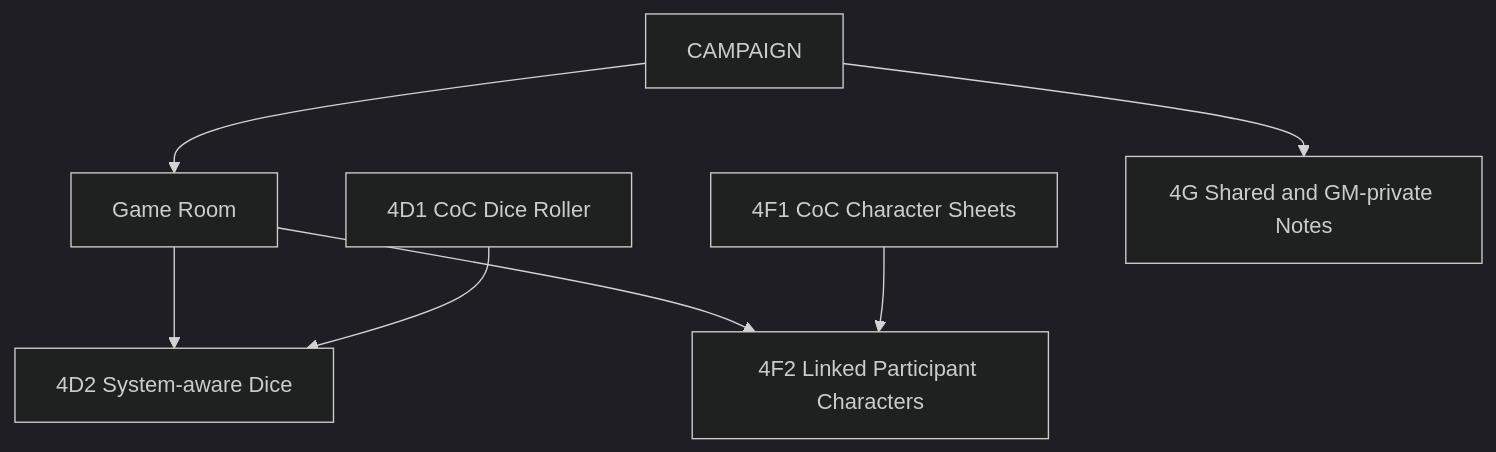
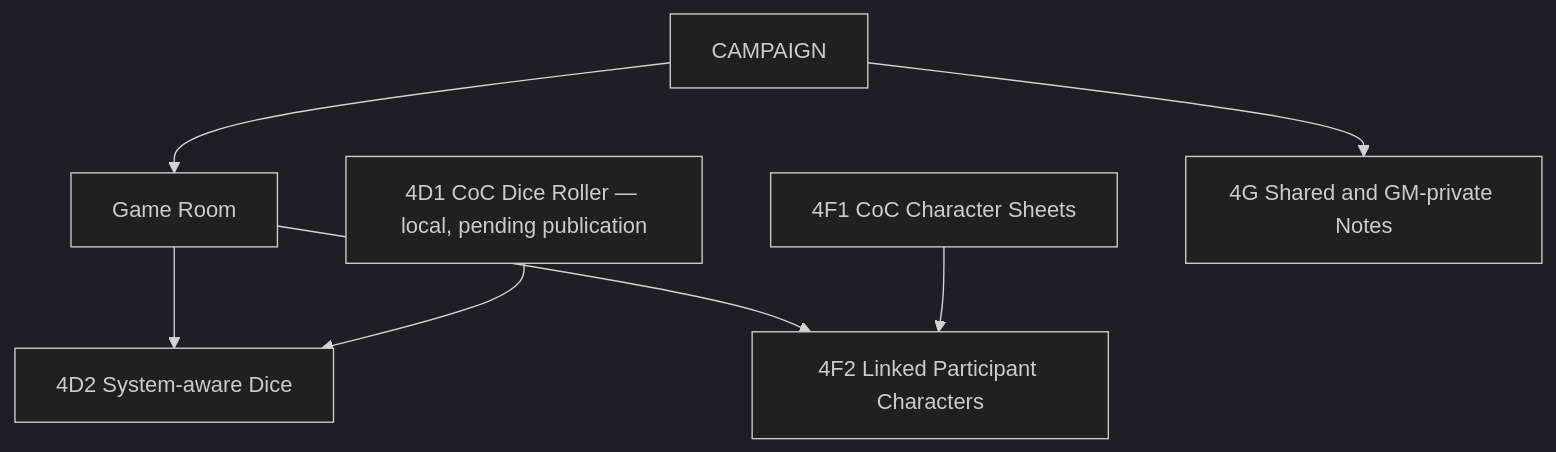
The second of 2 diagrams in docs/product/SITE_MAP.md (Andrey-0101/ttrpg-website), drawn with Mermaid (dark theme) before and after one commit. The commit also changed other lines of this file and 51 other files, not shown here.

Commit message:
Implement Call of Cthulhu personal dice roller (#46)

````diff
--- a/docs/product/SITE_MAP.md
+++ b/docs/product/SITE_MAP.md
@@ -33,9 +34,9 @@
 ```mermaid
 flowchart TD
     CAMPAIGN --> GAME_ROOM["Game Room"]
     GAME_ROOM --> SYSTEM_DICE["4D2 System-aware Dice"]
-    COC_DICE["4D1 CoC Dice Roller"] --> SYSTEM_DICE
+    COC_DICE["4D1 CoC Dice Roller — local, pending publication"] --> SYSTEM_DICE
     GAME_ROOM --> LINKED_CHARACTERS["4F2 Linked Participant Characters"]
     COC_CHARACTERS["4F1 CoC Character Sheets"] --> LINKED_CHARACTERS
     CAMPAIGN --> NOTES["4G Shared and GM-private Notes"]
 ```
````
